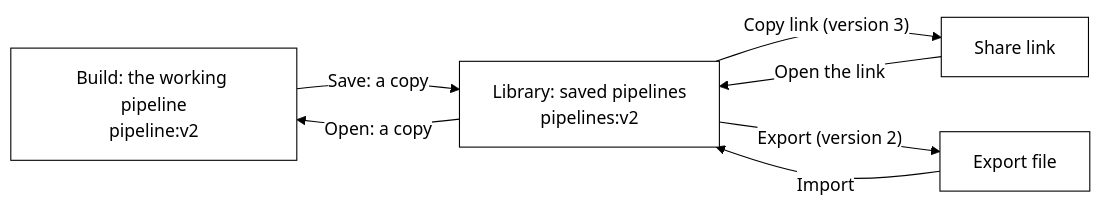
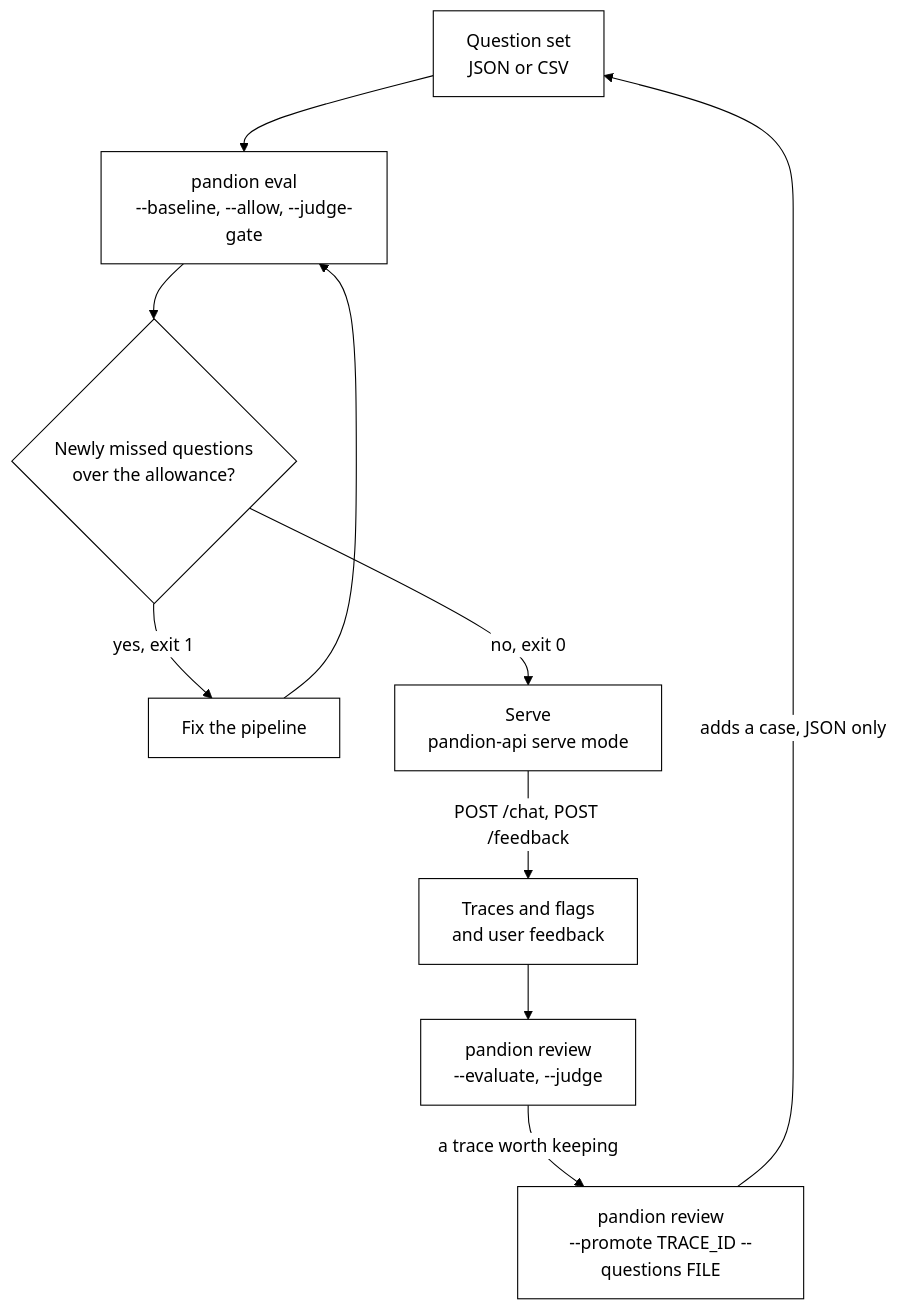
Before and after one commit to nadeem4/rag-playground: the fourth of 4 diagrams in docs/architecture.md, drawn with Mermaid. The commit also changed other lines of this file, not shown here.

First line of the commit message:
docs: rewrite architecture around four diagrams (DOC3) (#269)

````diff
--- a/docs/architecture.md
+++ b/docs/architecture.md
@@ -602,10 +246,19 @@
 ```mermaid
 %%{init: {'theme':'base','themeVariables':{'primaryColor':'#ffffff','primaryTextColor':'#000000','primaryBorderColor':'#000000','lineColor':'#000000'}}}%%
-flowchart LR
-    W["Build: the working pipeline<br/>pipeline:v2"] -- "Save: a copy" --> L["Library: saved pipelines<br/>pipelines:v2"]
-    L -- "Open: a copy" --> W
-    L -- "Copy link (version 3)" --> K["Share link"]
-    K -- "Open the link" --> L
-    L -- "Export (version 2)" --> F["Export file"]
-    F -- "Import" --> L
+flowchart TB
+    Q["Question set<br/>JSON or CSV"]
+    EV["pandion eval<br/>--baseline, --allow, --judge-gate"]
+    GATE{"Newly missed questions<br/>over the allowance?"}
+    FIX["Fix the pipeline"]
+    SERVE["Serve<br/>pandion-api serve mode"]
+    TR["Traces and flags<br/>and user feedback"]
+    REV["pandion review<br/>--evaluate, --judge"]
+    PROM["pandion review<br/>--promote TRACE_ID --questions FILE"]
+    Q --> EV --> GATE
+    GATE -->|"yes, exit 1"| FIX --> EV
+    GATE -->|"no, exit 0"| SERVE
+    SERVE -->|"POST /chat, POST /feedback"| TR
+    TR --> REV
+    REV -->|"a trace worth keeping"| PROM
+    PROM -->|"adds a case, JSON only"| Q
 ```
````
